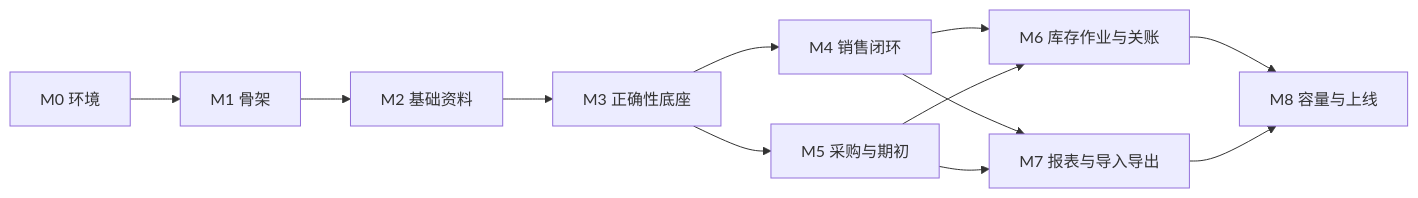
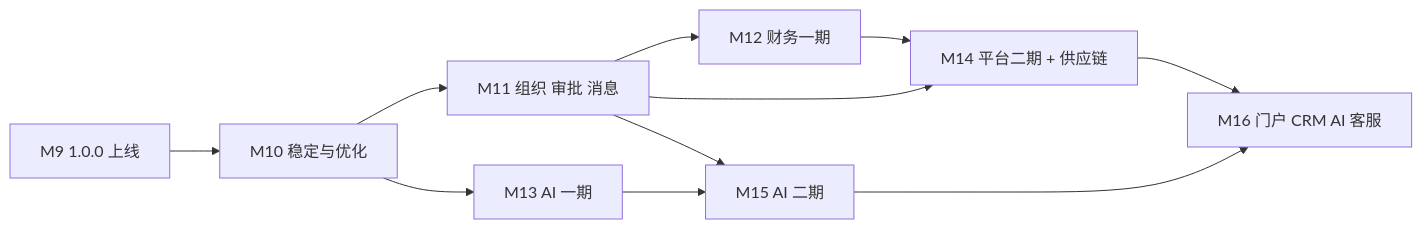
Before and after one commit to qingyu6688/qiheng-erp: the diagram in docs/开发计划.md, drawn with Mermaid. The commit also changed other lines of this file and 19 other files, not shown here.

````diff
--- a/docs/开发计划.md
+++ b/docs/开发计划.md
@@ -62,12 +50,13 @@
 ```mermaid
 flowchart LR
-  M0[M0 环境] --> M1[M1 骨架] --> M2[M2 基础资料] --> M3[M3 正确性底座]
-  M3 --> M4[M4 销售闭环]
-  M3 --> M5[M5 采购与期初]
-  M4 --> M6[M6 库存作业与关账]
-  M5 --> M6
-  M4 --> M7[M7 报表与导入导出]
-  M5 --> M7
-  M6 --> M8[M8 容量与上线]
-  M7 --> M8
+  M9[M9 1.0.0 上线] --> M10[M10 稳定与优化]
+  M10 --> M11[M11 组织 审批 消息]
+  M11 --> M12[M12 财务一期]
+  M10 --> M13[M13 AI 一期]
+  M11 --> M14[M14 平台二期 + 供应链]
+  M12 --> M14
+  M13 --> M15[M15 AI 二期]
+  M11 --> M15
+  M14 --> M16[M16 门户 CRM AI 客服]
+  M15 --> M16
 ```
````
